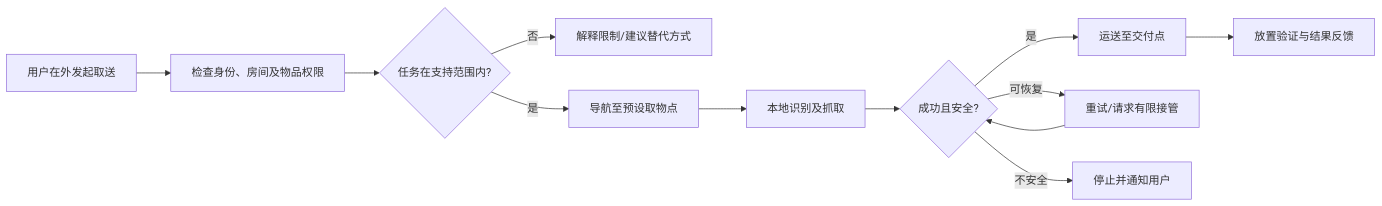
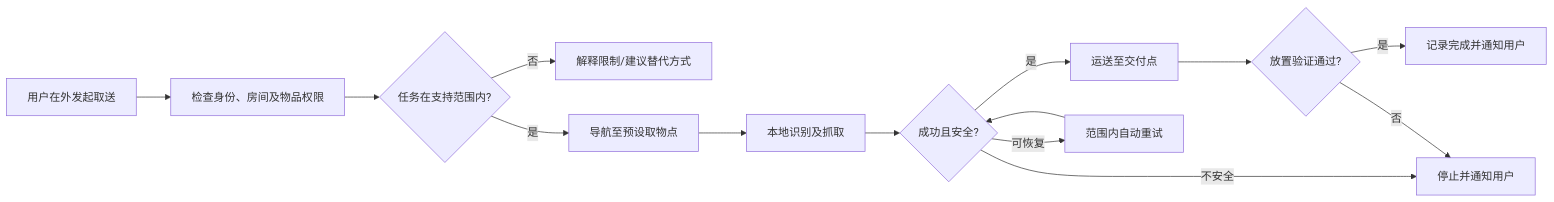
The first of 4 diagrams in src/content/projectDocuments/homeAgent/home-agent.md (kari-leo/windborne-blog), drawn with Mermaid before and after one commit. The commit also changed other lines of this file and 30 other files, not shown here.

````diff
--- a/src/content/projectDocuments/homeAgent/home-agent.md
+++ b/src/content/projectDocuments/homeAgent/home-agent.md
@@ -77,14 +77,16 @@
 ```mermaid
 flowchart LR
     A[用户在外发起取送] --> B[检查身份、房间及物品权限]
     B --> C{任务在支持范围内?}
     C -- 否 --> D[解释限制/建议替代方式]
     C -- 是 --> E[导航至预设取物点]
     E --> F[本地识别及抓取]
     F --> G{成功且安全?}
     G -- 是 --> H[运送至交付点]
-    G -- 可恢复 --> I[重试/请求有限接管]
+    G -- 可恢复 --> I[范围内自动重试]
     G -- 不安全 --> J[停止并通知用户]
     I --> G
-    H --> K[放置验证与结果反馈]
+    H --> K{放置验证通过?}
+    K -- 是 --> L[记录完成并通知用户]
+    K -- 否 --> J
 ```
````
